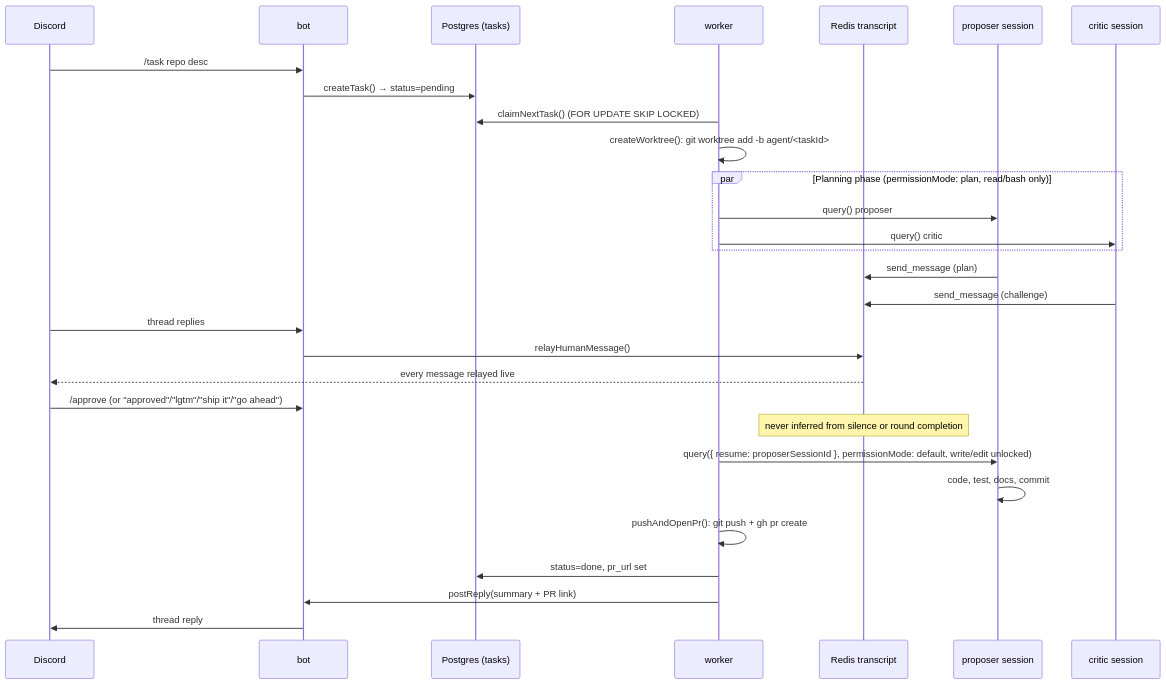
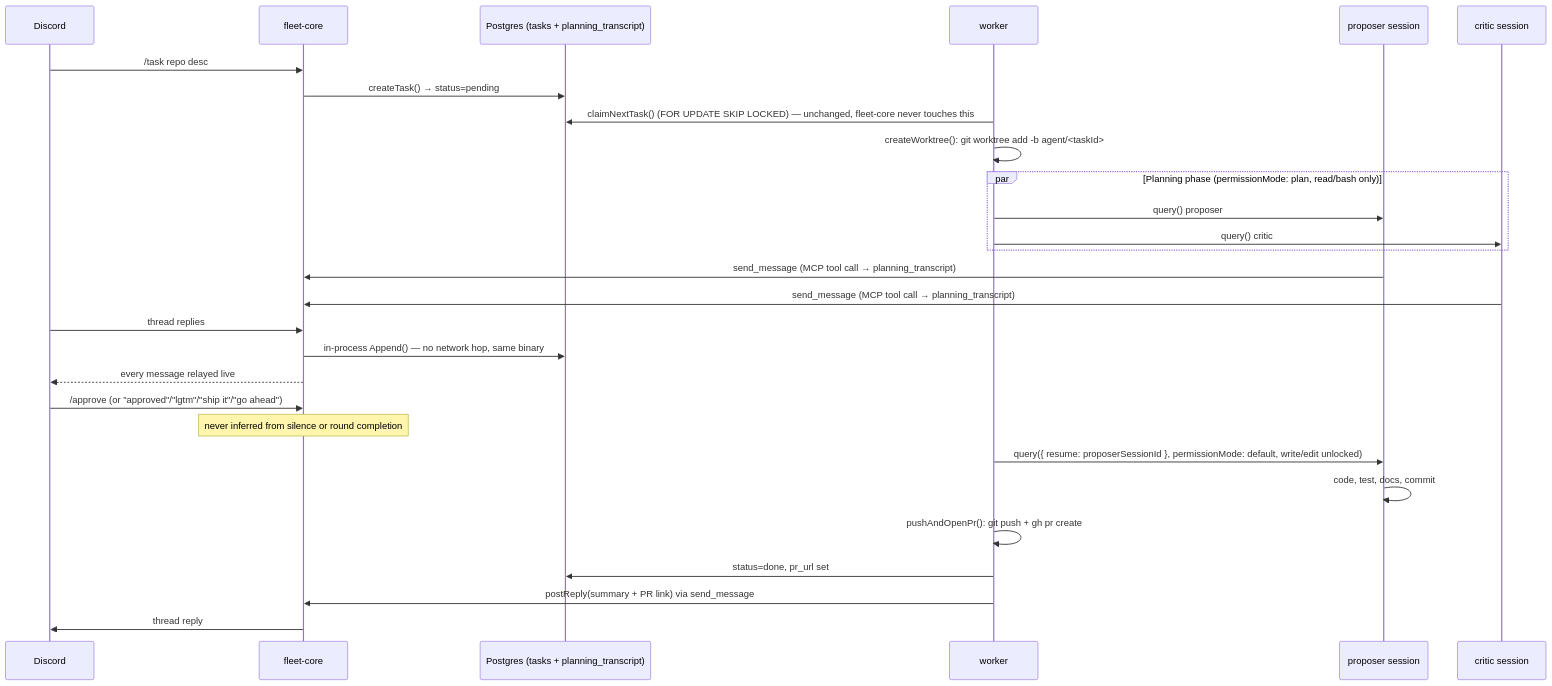
Before and after one commit to MohammadBnei/agent-fleet: the first of 2 diagrams in docs/ARCHITECTURE.md, drawn with Mermaid. The commit also changed other lines of this file and 92 other files, not shown here.

First line of the commit message:
feat!: replace Redis coordination with Go fleet-core; rewrite e2e-provisioner and bot in Go

````diff
--- a/docs/ARCHITECTURE.md
+++ b/docs/ARCHITECTURE.md
@@ -23,35 +23,34 @@
 ```mermaid
 sequenceDiagram
     participant D as Discord
-    participant B as bot
-    participant PG as Postgres (tasks)
+    participant FC as fleet-core
+    participant PG as Postgres (tasks + planning_transcript)
     participant W as worker
-    participant R as Redis transcript
     participant P as proposer session
     participant C as critic session
 
-    D->>B: /task repo desc
-    B->>PG: createTask() → status=pending
-    W->>PG: claimNextTask() (FOR UPDATE SKIP LOCKED)
+    D->>FC: /task repo desc
+    FC->>PG: createTask() → status=pending
+    W->>PG: claimNextTask() (FOR UPDATE SKIP LOCKED) — unchanged, fleet-core never touches this
     W->>W: createWorktree(): git worktree add -b agent/<taskId>
 
     par Planning phase (permissionMode: plan, read/bash only)
         W->>P: query() proposer
         W->>C: query() critic
     end
-    P->>R: send_message (plan)
-    C->>R: send_message (challenge)
-    D->>B: thread replies
-    B->>R: relayHumanMessage()
-    R-->>D: every message relayed live
+    P->>FC: send_message (MCP tool call → planning_transcript)
+    C->>FC: send_message (MCP tool call → planning_transcript)
+    D->>FC: thread replies
+    FC->>PG: in-process Append() — no network hop, same binary
+    FC-->>D: every message relayed live
 
-    D->>B: /approve (or "approved"/"lgtm"/"ship it"/"go ahead")
-    Note over R: never inferred from silence or round completion
+    D->>FC: /approve (or "approved"/"lgtm"/"ship it"/"go ahead")
+    Note over FC: never inferred from silence or round completion
 
     W->>P: query({ resume: proposerSessionId }, permissionMode: default, write/edit unlocked)
     P->>P: code, test, docs, commit
     W->>W: pushAndOpenPr(): git push + gh pr create
     W->>PG: status=done, pr_url set
-    W->>B: postReply(summary + PR link)
-    B->>D: thread reply
+    W->>FC: postReply(summary + PR link) via send_message
+    FC->>D: thread reply
 ```
````
